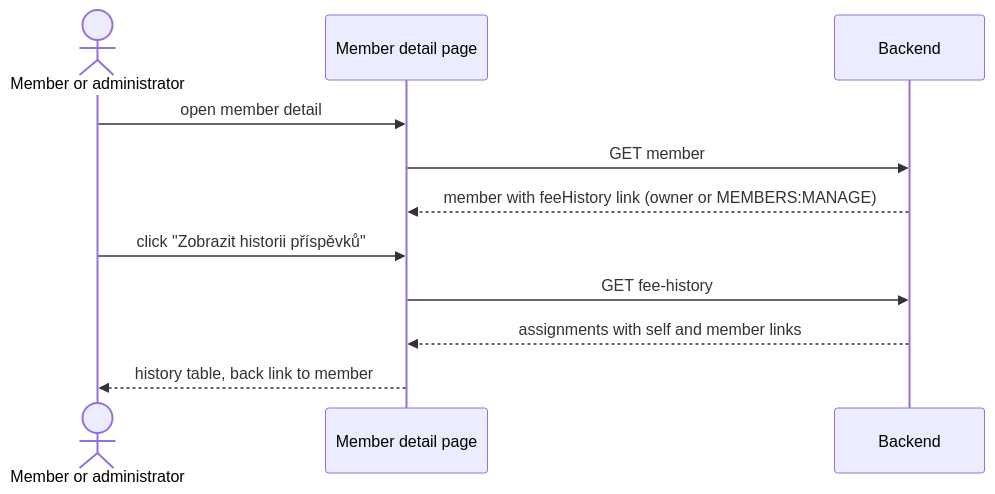
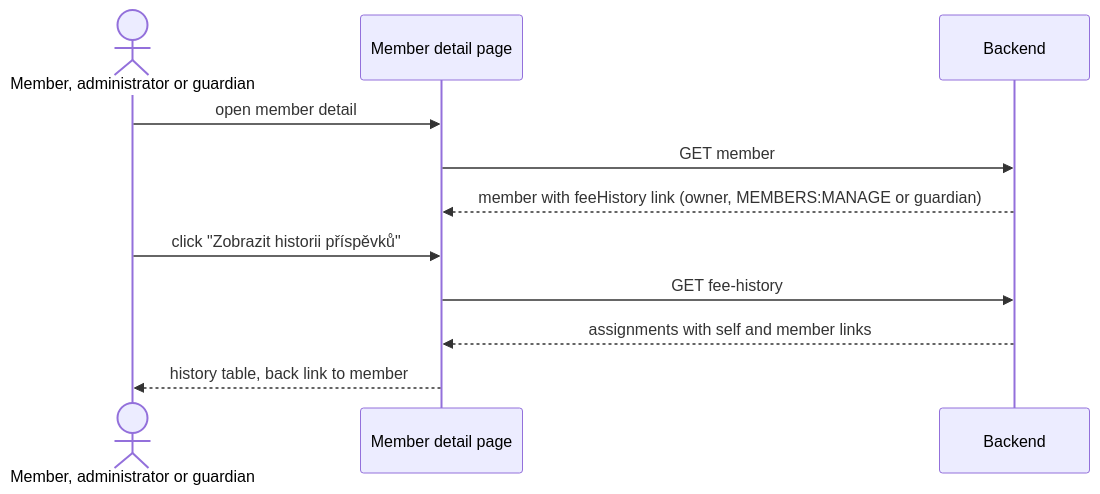
Before and after one commit to zabiny/klabis: the diagram in openspec/changes/add-member-fee-history-page/design.md, drawn with Mermaid. The commit also changed other lines of this file and 11 other files, not shown here.

Commit message:
test(e2e): cover withdrawing and locked fee choices; refine fee history and error proposals

````diff
--- a/openspec/changes/add-member-fee-history-page/design.md
+++ b/openspec/changes/add-member-fee-history-page/design.md
@@ -75,13 +94,13 @@
 ```mermaid
 sequenceDiagram
-    actor U as Member or administrator
+    actor U as Member, administrator or guardian
     participant FE as Member detail page
     participant BE as Backend
     U->>FE: open member detail
     FE->>BE: GET member
-    BE-->>FE: member with feeHistory link (owner or MEMBERS:MANAGE)
+    BE-->>FE: member with feeHistory link (owner, MEMBERS:MANAGE or guardian)
     U->>FE: click "Zobrazit historii příspěvků"
     FE->>BE: GET fee-history
     BE-->>FE: assignments with self and member links
     FE-->>U: history table, back link to member
 ```
````
